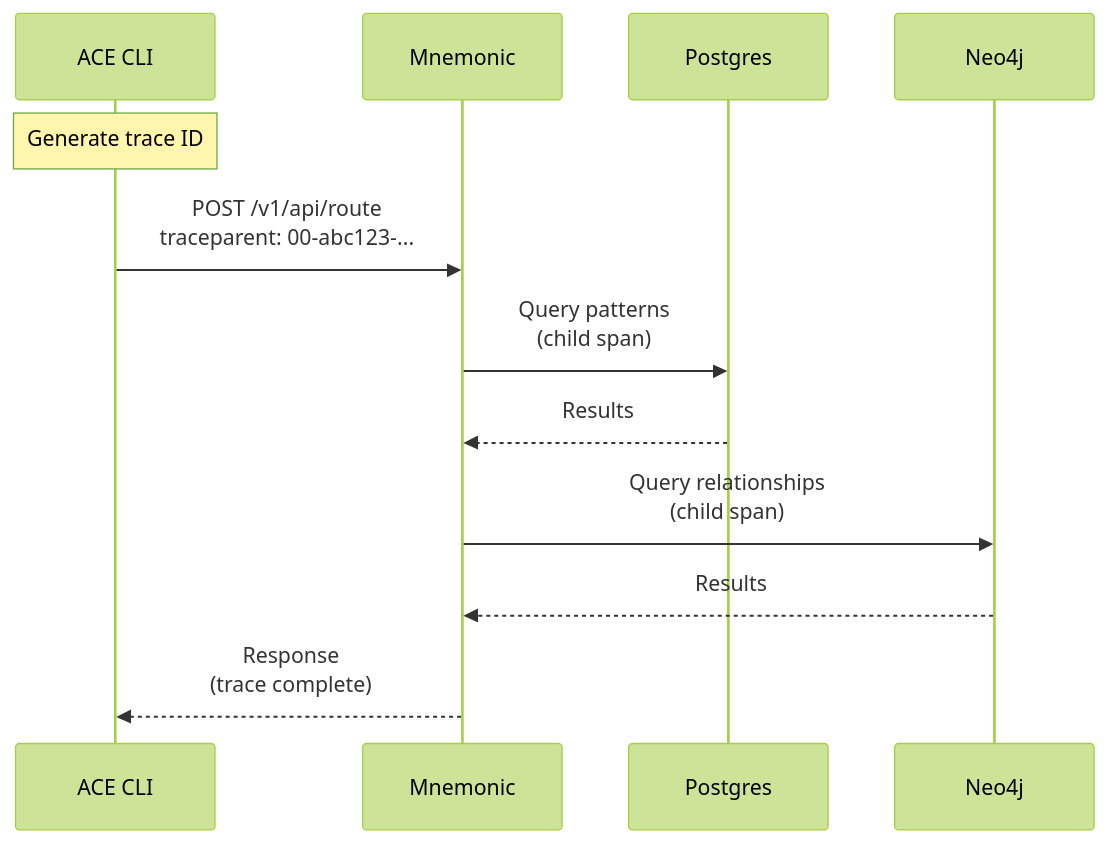
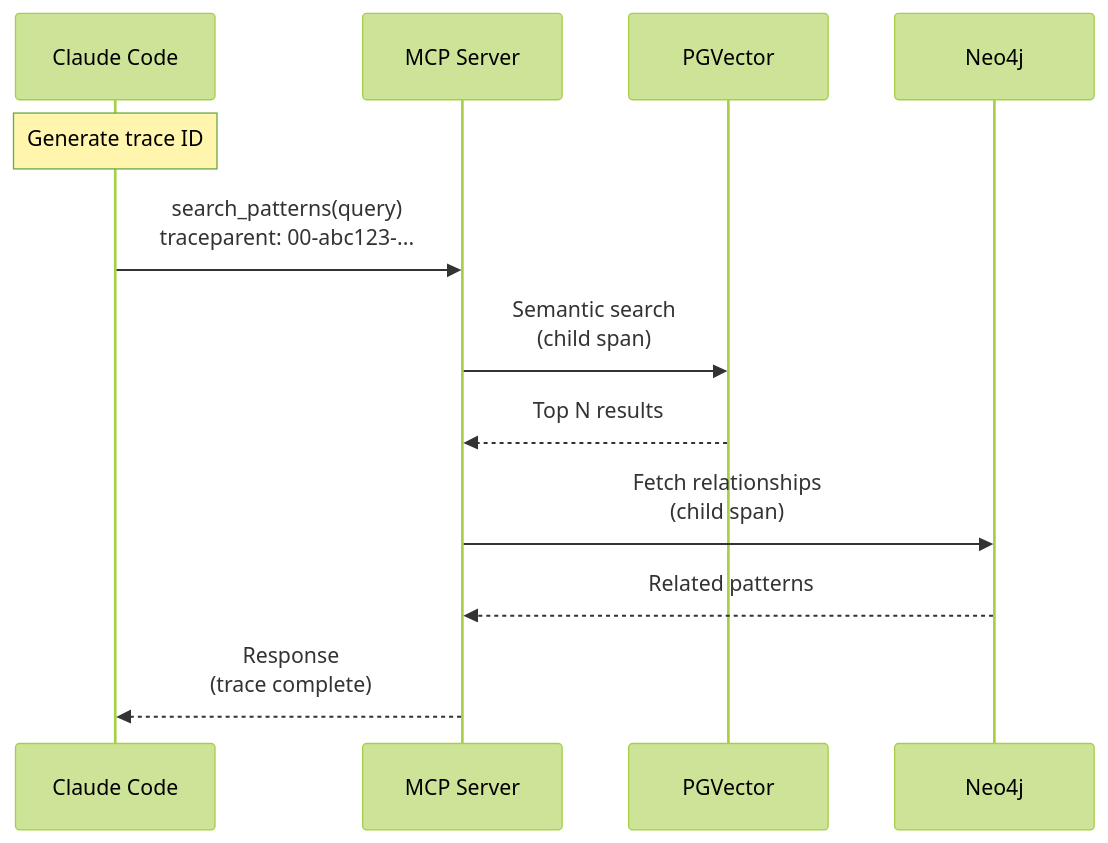
One commit to twistingmercury/mnemonic-mcp changed the third of 3 diagrams in docs/architecture/07-observability-architecture.md. Above: the diagram before and after it, drawn with Mermaid (forest theme). The commit also changed other lines of this file and 63 other files, not shown here.

````diff
--- a/docs/architecture/07-observability-architecture.md
+++ b/docs/architecture/07-observability-architecture.md
@@ -269,15 +268,15 @@
 ```mermaid
 sequenceDiagram
-    participant CLI as ACE CLI
-    participant MN as Mnemonic
-    participant PG as Postgres
+    participant CC as Claude Code
+    participant MCP as MCP Server
+    participant PGV as PGVector
     participant NEO as Neo4j
 
-    Note over CLI: Generate trace ID
-    CLI->>MN: POST /v1/api/route<br/>traceparent: 00-abc123-...
-    MN->>PG: Query patterns<br/>(child span)
-    PG-->>MN: Results
-    MN->>NEO: Query relationships<br/>(child span)
-    NEO-->>MN: Results
-    MN-->>CLI: Response<br/>(trace complete)
+    Note over CC: Generate trace ID
+    CC->>MCP: search_patterns(query)<br/>traceparent: 00-abc123-...
+    MCP->>PGV: Semantic search<br/>(child span)
+    PGV-->>MCP: Top N results
+    MCP->>NEO: Fetch relationships<br/>(child span)
+    NEO-->>MCP: Related patterns
+    MCP-->>CC: Response<br/>(trace complete)
 ```
````
